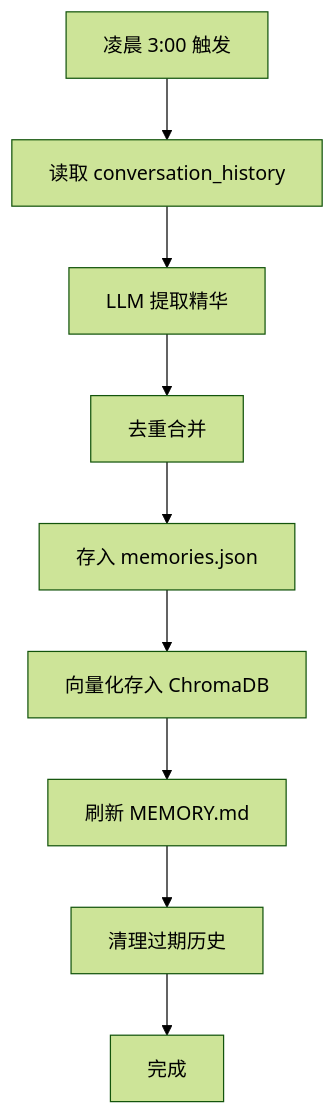
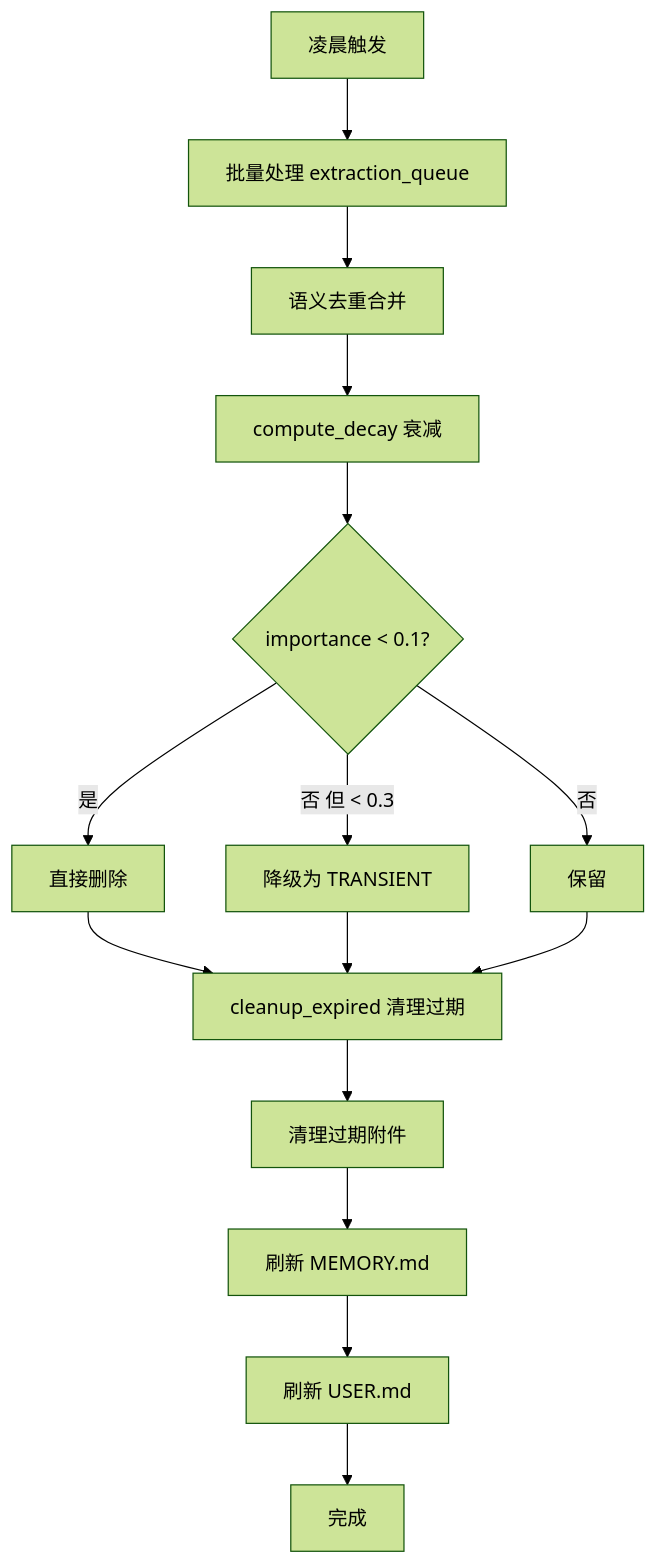
Before and after one commit to MaoChen1980/openakita: the fifth of 5 diagrams in docs/memory_architecture.md, drawn with Mermaid (forest theme). The commit also changed other lines of this file and 14 other files, not shown here.

````diff
--- a/docs/memory_architecture.md
+++ b/docs/memory_architecture.md
@@ -229,11 +257,17 @@
 ```mermaid
 flowchart TB
-    START[凌晨 3:00 触发] --> READ[读取 conversation_history]
-    READ --> EXTRACT[LLM 提取精华]
-    EXTRACT --> DEDUP[去重合并]
-    DEDUP --> SAVE[存入 memories.json]
-    SAVE --> INDEX[向量化存入 ChromaDB]
-    INDEX --> REFRESH[刷新 MEMORY.md]
-    REFRESH --> CLEANUP[清理过期历史]
-    CLEANUP --> END[完成]
+    START[凌晨触发] --> EXTRACT[批量处理 extraction_queue]
+    EXTRACT --> DEDUP[语义去重合并]
+    DEDUP --> DECAY[compute_decay 衰减]
+    DECAY --> DELETE{importance < 0.1?}
+    DELETE -->|是| DEL[直接删除]
+    DELETE -->|否 但 < 0.3| DEMOTE[降级为 TRANSIENT]
+    DELETE -->|否| KEEP[保留]
+    DEL --> EXPIRE[cleanup_expired 清理过期]
+    DEMOTE --> EXPIRE
+    KEEP --> EXPIRE
+    EXPIRE --> ATT[清理过期附件]
+    ATT --> REFRESH_MEM[刷新 MEMORY.md]
+    REFRESH_MEM --> REFRESH_USER[刷新 USER.md]
+    REFRESH_USER --> DONE[完成]
 ```
````
